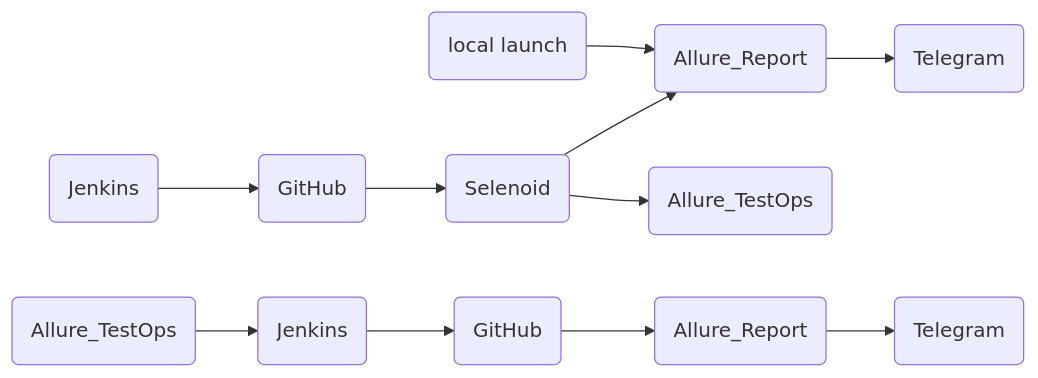
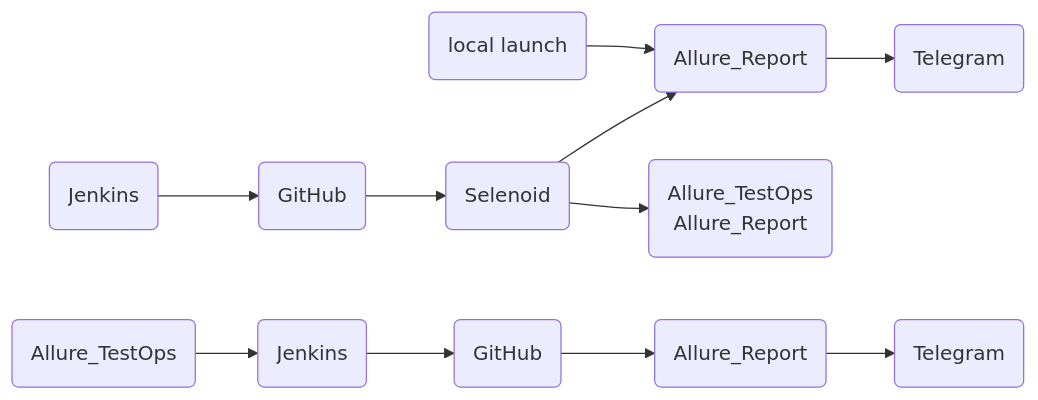
One commit to maxkonushkin/FirstProject changed the diagram in README.md. Above: the diagram before and after it, drawn with Mermaid.

Commit message:
add mermaid

````diff
--- a/README.md
+++ b/README.md
@@ -60,7 +60,8 @@
 ``` mermaid
 flowchart LR;
 A(local launch)-->B(Allure_Report);
     C(Jenkins)-->D(GitHub)-->U(Selenoid)-->B(Allure_Report)-->E(Telegram);
-    U(Selenoid)-->I(Allure_TestOps);
+    U(Selenoid)-->I(Allure_TestOps
+    Allure_Report);
     Q(Allure_TestOps)-->W(Jenkins)-->R(GitHub)-->T(Allure_Report)-->Y(Telegram); 
 ```
````
